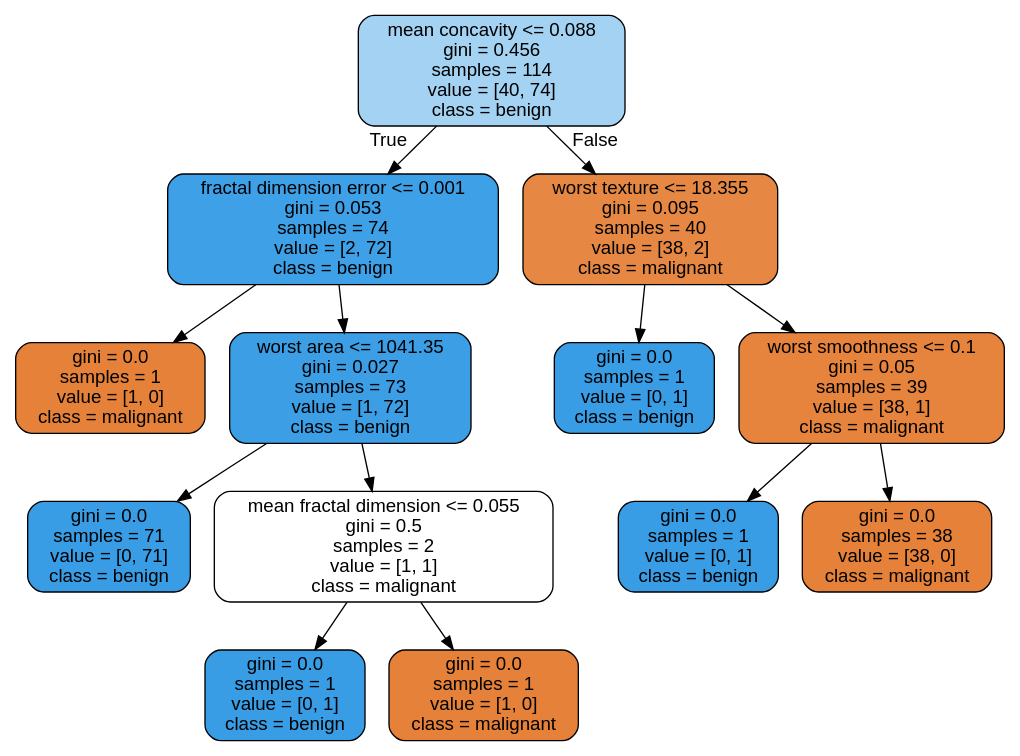
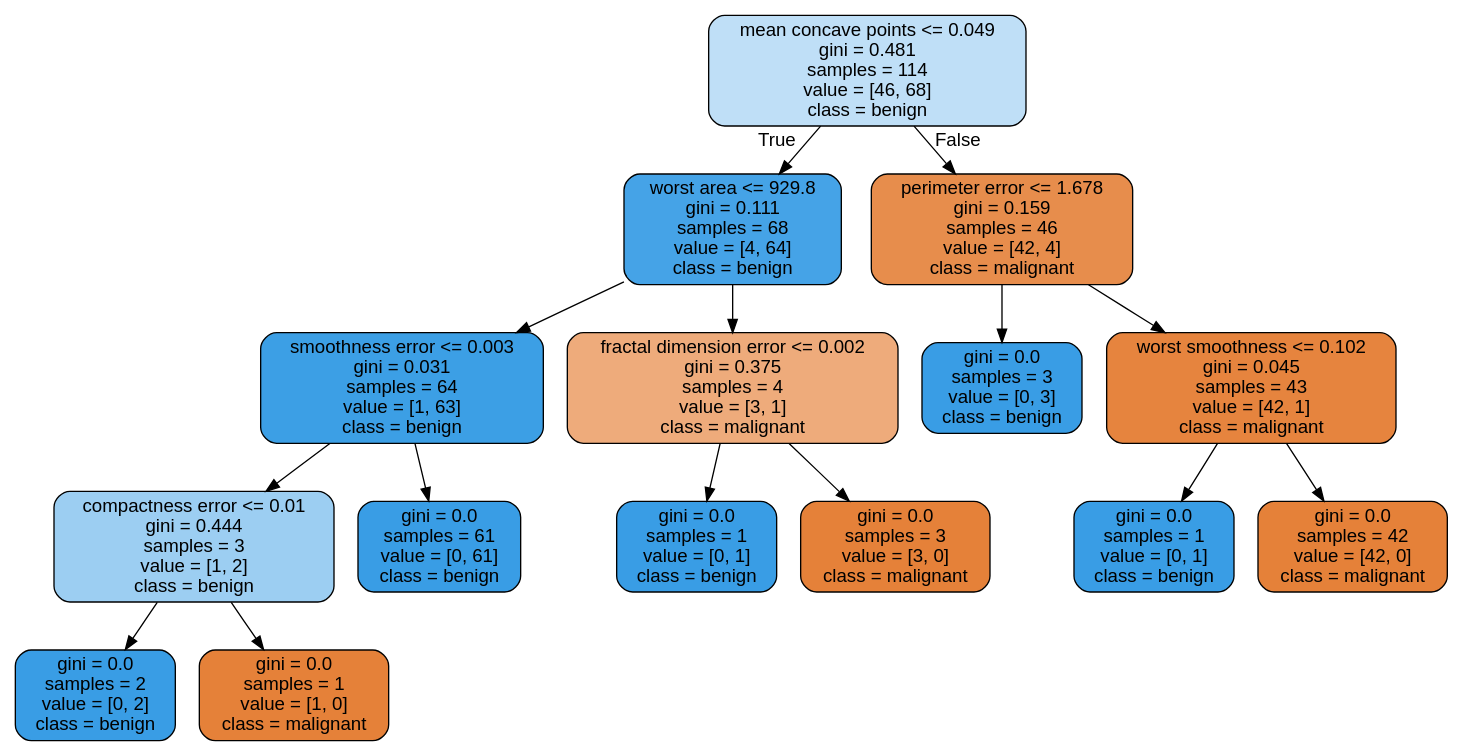
Before and after one commit to JoseDeJesusMendozaBecerril/Practica4_MineriaDeDatos: the diagram in images/decision_trees/cancer_tree_test.dot, drawn with Graphviz. The commit also changed 9 other files, not shown here.

```diff
--- a/images/decision_trees/cancer_tree_test.dot
+++ b/images/decision_trees/cancer_tree_test.dot
@@ -1,29 +1,33 @@
 digraph Tree {
 node [shape=box, style="filled, rounded", color="black", fontname=helvetica] ;
 edge [fontname=helvetica] ;
-0 [label="mean concavity <= 0.088\ngini = 0.456\nsamples = 114\nvalue = [40, 74]\nclass = benign", fillcolor="#a4d2f3"] ;
-1 [label="fractal dimension error <= 0.001\ngini = 0.053\nsamples = 74\nvalue = [2, 72]\nclass = benign", fillcolor="#3ea0e6"] ;
+0 [label="mean concave points <= 0.049\ngini = 0.481\nsamples = 114\nvalue = [46, 68]\nclass = benign", fillcolor="#bfdff7"] ;
+1 [label="worst area <= 929.8\ngini = 0.111\nsamples = 68\nvalue = [4, 64]\nclass = benign", fillcolor="#45a3e7"] ;
 0 -> 1 [labeldistance=2.5, labelangle=45, headlabel="True"] ;
-2 [label="gini = 0.0\nsamples = 1\nvalue = [1, 0]\nclass = malignant", fillcolor="#e58139"] ;
+2 [label="smoothness error <= 0.003\ngini = 0.031\nsamples = 64\nvalue = [1, 63]\nclass = benign", fillcolor="#3c9fe5"] ;
 1 -> 2 ;
-3 [label="worst area <= 1041.35\ngini = 0.027\nsamples = 73\nvalue = [1, 72]\nclass = benign", fillcolor="#3c9ee5"] ;
-1 -> 3 ;
-4 [label="gini = 0.0\nsamples = 71\nvalue = [0, 71]\nclass = benign", fillcolor="#399de5"] ;
+3 [label="compactness error <= 0.01\ngini = 0.444\nsamples = 3\nvalue = [1, 2]\nclass = benign", fillcolor="#9ccef2"] ;
+2 -> 3 ;
+4 [label="gini = 0.0\nsamples = 2\nvalue = [0, 2]\nclass = benign", fillcolor="#399de5"] ;
 3 -> 4 ;
-5 [label="mean fractal dimension <= 0.055\ngini = 0.5\nsamples = 2\nvalue = [1, 1]\nclass = malignant", fillcolor="#ffffff"] ;
+5 [label="gini = 0.0\nsamples = 1\nvalue = [1, 0]\nclass = malignant", fillcolor="#e58139"] ;
 3 -> 5 ;
-6 [label="gini = 0.0\nsamples = 1\nvalue = [0, 1]\nclass = benign", fillcolor="#399de5"] ;
-5 -> 6 ;
-7 [label="gini = 0.0\nsamples = 1\nvalue = [1, 0]\nclass = malignant", fillcolor="#e58139"] ;
-5 -> 7 ;
-8 [label="worst texture <= 18.355\ngini = 0.095\nsamples = 40\nvalue = [38, 2]\nclass = malignant", fillcolor="#e68843"] ;
-0 -> 8 [labeldistance=2.5, labelangle=-45, headlabel="False"] ;
-9 [label="gini = 0.0\nsamples = 1\nvalue = [0, 1]\nclass = benign", fillcolor="#399de5"] ;
-8 -> 9 ;
-10 [label="worst smoothness <= 0.1\ngini = 0.05\nsamples = 39\nvalue = [38, 1]\nclass = malignant", fillcolor="#e6843e"] ;
-8 -> 10 ;
-11 [label="gini = 0.0\nsamples = 1\nvalue = [0, 1]\nclass = benign", fillcolor="#399de5"] ;
+6 [label="gini = 0.0\nsamples = 61\nvalue = [0, 61]\nclass = benign", fillcolor="#399de5"] ;
+2 -> 6 ;
+7 [label="fractal dimension error <= 0.002\ngini = 0.375\nsamples = 4\nvalue = [3, 1]\nclass = malignant", fillcolor="#eeab7b"] ;
+1 -> 7 ;
+8 [label="gini = 0.0\nsamples = 1\nvalue = [0, 1]\nclass = benign", fillcolor="#399de5"] ;
+7 -> 8 ;
+9 [label="gini = 0.0\nsamples = 3\nvalue = [3, 0]\nclass = malignant", fillcolor="#e58139"] ;
+7 -> 9 ;
+10 [label="perimeter error <= 1.678\ngini = 0.159\nsamples = 46\nvalue = [42, 4]\nclass = malignant", fillcolor="#e78d4c"] ;
+0 -> 10 [labeldistance=2.5, labelangle=-45, headlabel="False"] ;
+11 [label="gini = 0.0\nsamples = 3\nvalue = [0, 3]\nclass = benign", fillcolor="#399de5"] ;
 10 -> 11 ;
-12 [label="gini = 0.0\nsamples = 38\nvalue = [38, 0]\nclass = malignant", fillcolor="#e58139"] ;
+12 [label="worst smoothness <= 0.102\ngini = 0.045\nsamples = 43\nvalue = [42, 1]\nclass = malignant", fillcolor="#e6843e"] ;
 10 -> 12 ;
+13 [label="gini = 0.0\nsamples = 1\nvalue = [0, 1]\nclass = benign", fillcolor="#399de5"] ;
+12 -> 13 ;
+14 [label="gini = 0.0\nsamples = 42\nvalue = [42, 0]\nclass = malignant", fillcolor="#e58139"] ;
+12 -> 14 ;
 }
```
